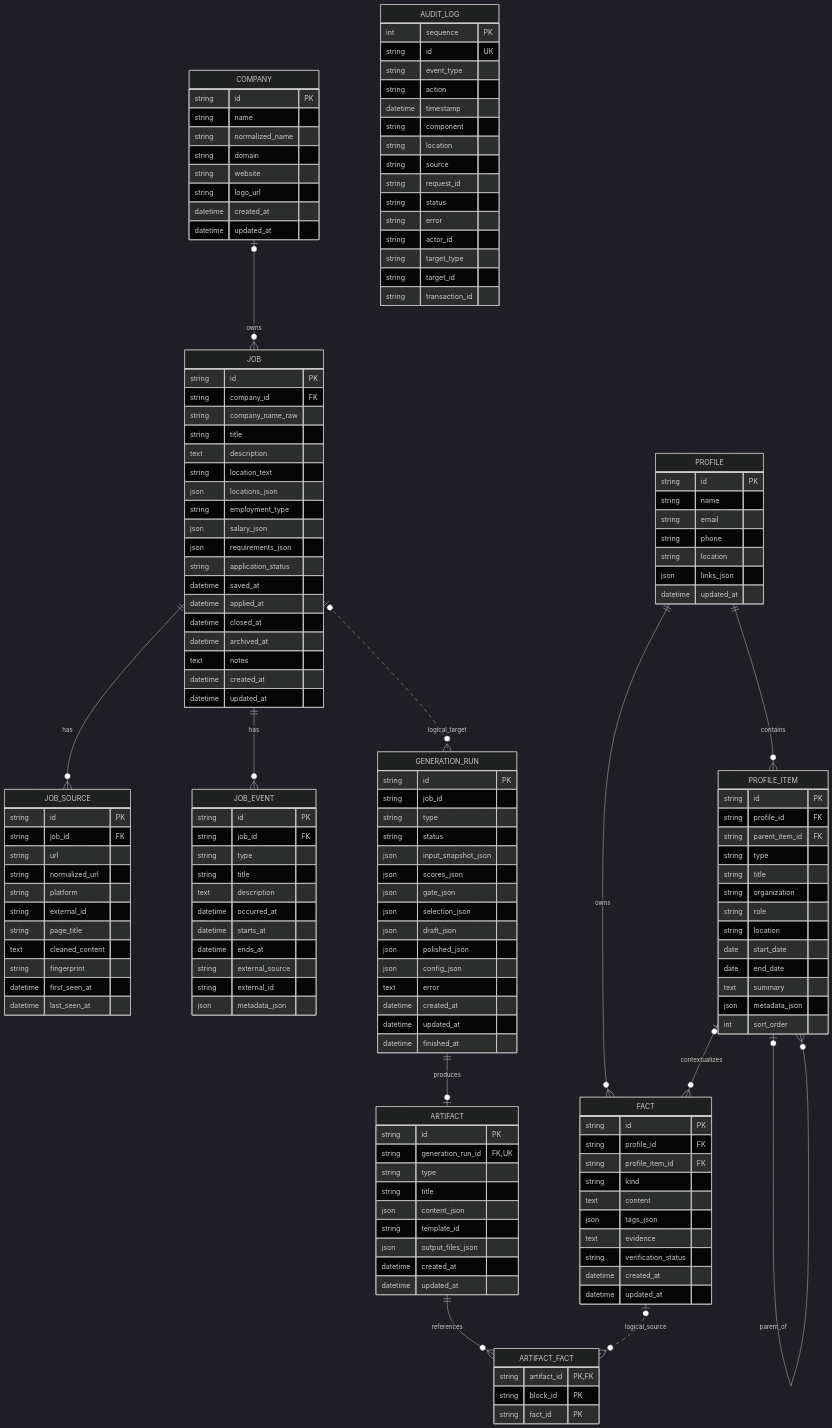
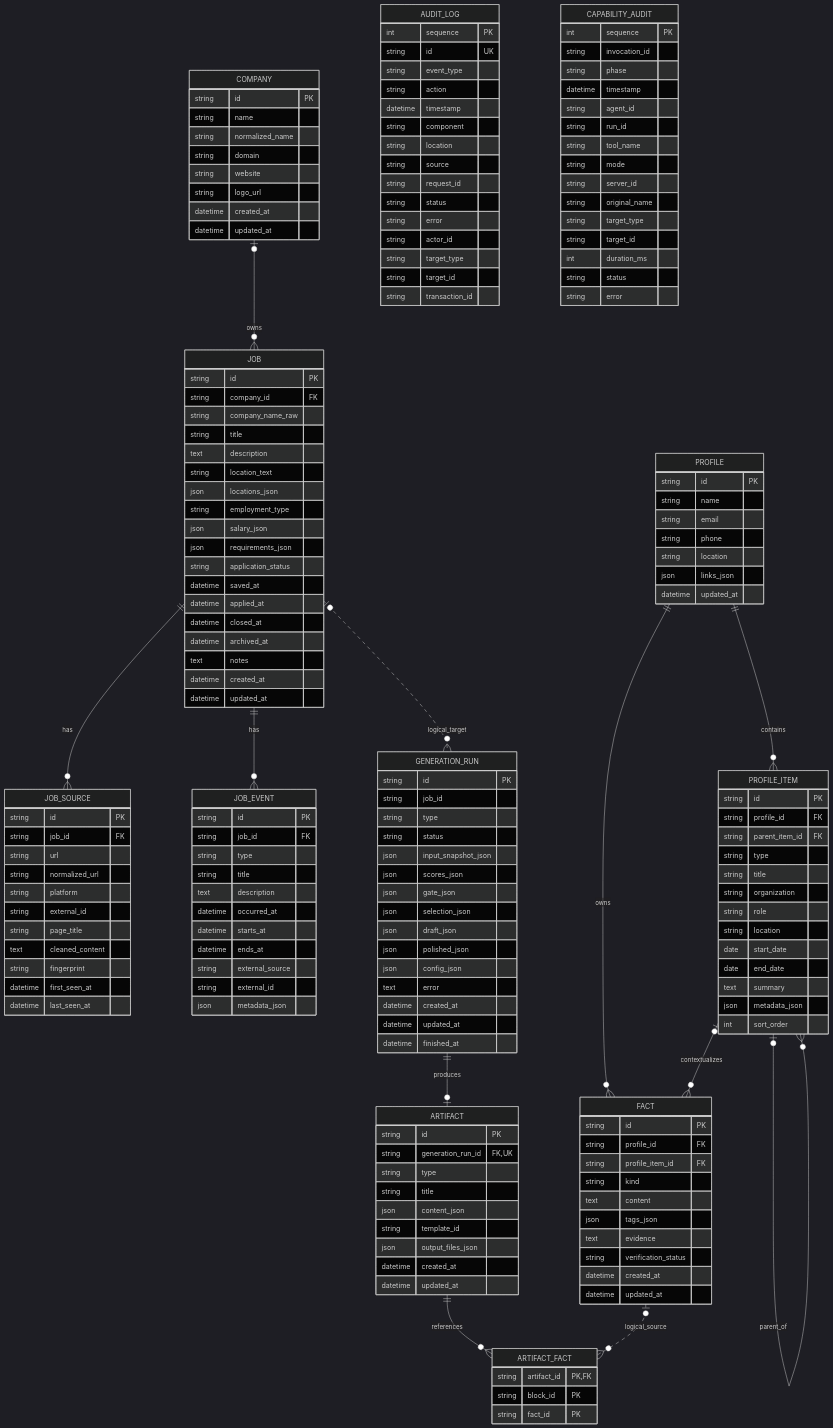
Before and after one commit to stark-lin/job-agent-browser: the diagram in docs/diagrams/data-model.md, drawn with Mermaid (dark theme). The commit also changed 52 other files, not shown here.

````diff
--- a/docs/diagrams/data-model.md
+++ b/docs/diagrams/data-model.md
@@ -169,4 +169,22 @@
         string target_id
         string transaction_id
     }
+
+    CAPABILITY_AUDIT {
+        int sequence PK
+        string invocation_id
+        string phase
+        datetime timestamp
+        string agent_id
+        string run_id
+        string tool_name
+        string mode
+        string server_id
+        string original_name
+        string target_type
+        string target_id
+        int duration_ms
+        string status
+        string error
+    }
 ```
````
